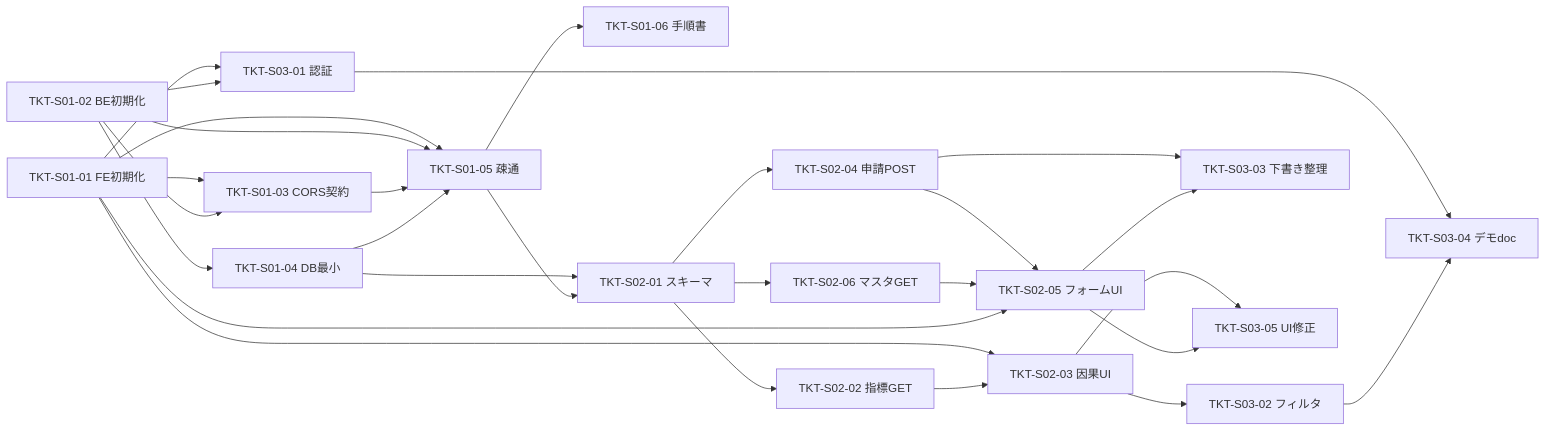
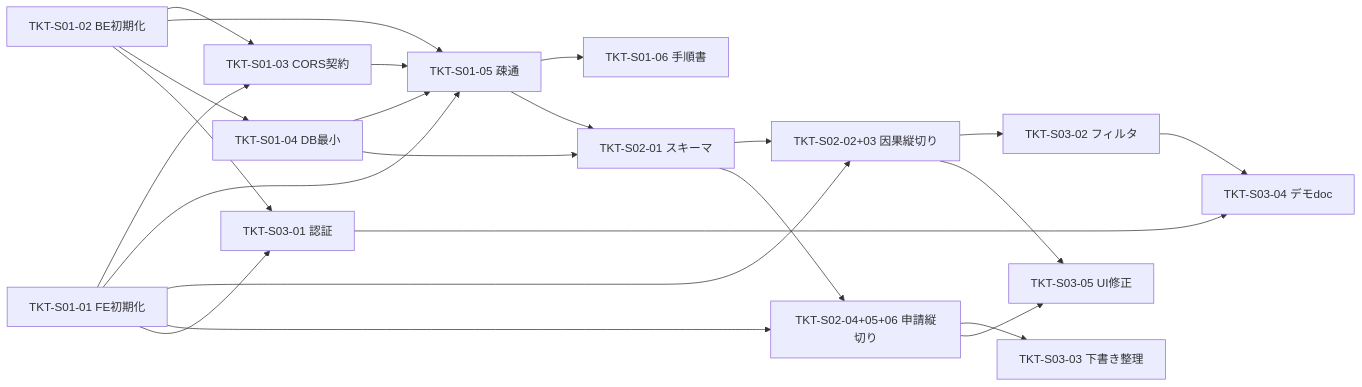
One commit to Shun0914/barhunters changed the diagram in docs/planning/開発プランニング_3スプリント.md. Above: the diagram before and after it, drawn with Mermaid. The commit also changed other lines of this file, not shown here.

````diff
--- a/docs/planning/開発プランニング_3スプリント.md
+++ b/docs/planning/開発プランニング_3スプリント.md
@@ -229,47 +221,39 @@
 ```mermaid
 flowchart LR
   S0101[TKT-S01-01 FE初期化]
   S0102[TKT-S01-02 BE初期化]
   S0103[TKT-S01-03 CORS契約]
   S0104[TKT-S01-04 DB最小]
   S0105[TKT-S01-05 疎通]
   S0106[TKT-S01-06 手順書]
   S0201[TKT-S02-01 スキーマ]
-  S0202[TKT-S02-02 指標GET]
-  S0203[TKT-S02-03 因果UI]
-  S0204[TKT-S02-04 申請POST]
-  S0205[TKT-S02-05 フォームUI]
-  S0206[TKT-S02-06 マスタGET]
+  S02causal[TKT-S02-02+03 因果縦切り]
+  S02apply[TKT-S02-04+05+06 申請縦切り]
   S0301[TKT-S03-01 認証]
   S0302[TKT-S03-02 フィルタ]
   S0303[TKT-S03-03 下書き整理]
   S0304[TKT-S03-04 デモdoc]
   S0305[TKT-S03-05 UI修正]
   S0101 --> S0103
   S0102 --> S0103
   S0101 --> S0105
   S0102 --> S0105
   S0103 --> S0105
   S0102 --> S0104
   S0104 --> S0105
   S0105 --> S0106
   S0104 --> S0201
   S0105 --> S0201
-  S0201 --> S0202
-  S0201 --> S0204
-  S0201 --> S0206
-  S0101 --> S0203
-  S0202 --> S0203
-  S0204 --> S0205
-  S0206 --> S0205
-  S0101 --> S0205
+  S0201 --> S02causal
+  S0201 --> S02apply
+  S0101 --> S02causal
+  S0101 --> S02apply
   S0101 --> S0301
   S0102 --> S0301
-  S0203 --> S0302
-  S0204 --> S0303
-  S0205 --> S0303
+  S02causal --> S0302
+  S02apply --> S0303
   S0301 --> S0304
   S0302 --> S0304
-  S0203 --> S0305
-  S0205 --> S0305
+  S02causal --> S0305
+  S02apply --> S0305
 ```
````
